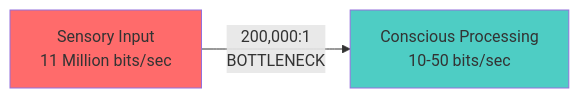
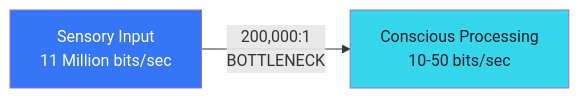
One commit to Feirbrand/synoeticos-public changed the first of 6 diagrams in docs/elevation-grid/index.qmd. Above: the diagram before and after it, drawn with Mermaid. The commit also changed other lines of this file and 2 other files, not shown here.

````diff
--- a/docs/elevation-grid/index.qmd
+++ b/docs/elevation-grid/index.qmd
@@ -30,7 +35,7 @@
 ```{mermaid}
 graph LR
     A["Sensory Input<br/>11 Million bits/sec"] -->|"200,000:1<br/>BOTTLENECK"| B["Conscious Processing<br/>10-50 bits/sec"]
     
-    style A fill:#ff6b6b
-    style B fill:#4ecdc4
+    style A fill:#3576F6,color:#FFFFFF
+    style B fill:#34D8EA,color:#131B2C
 ```
````
